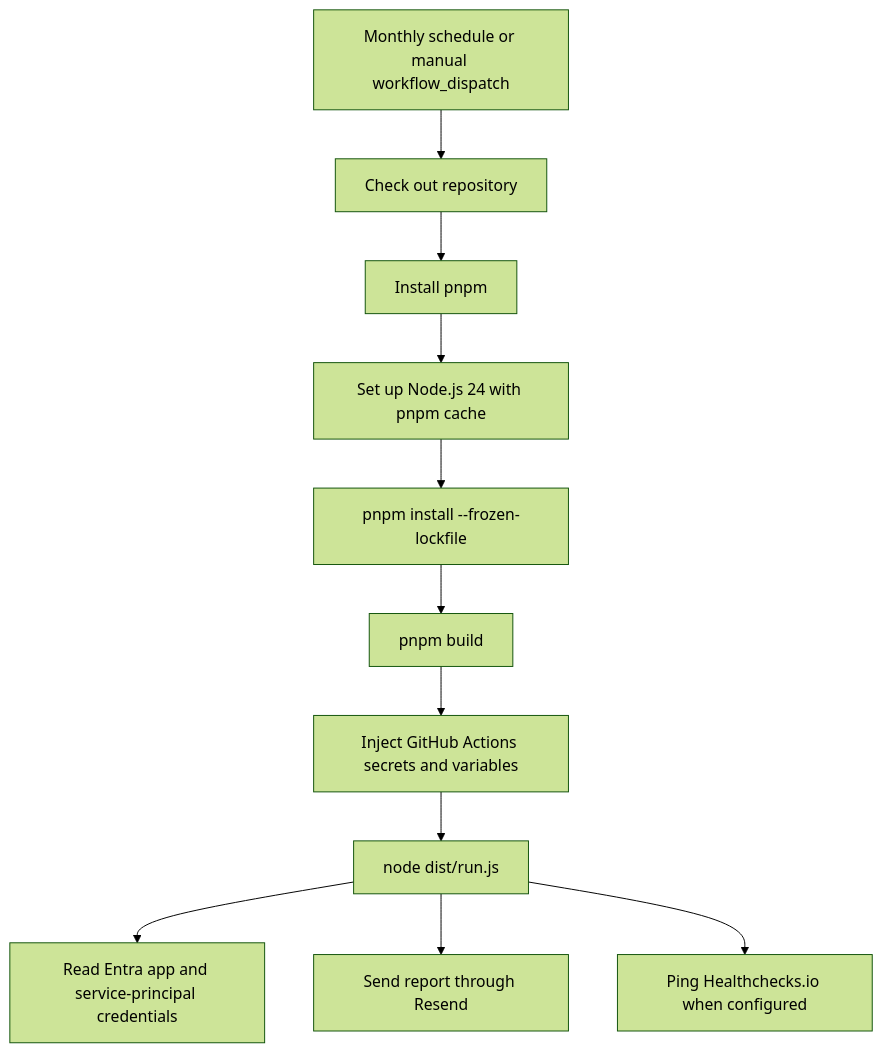
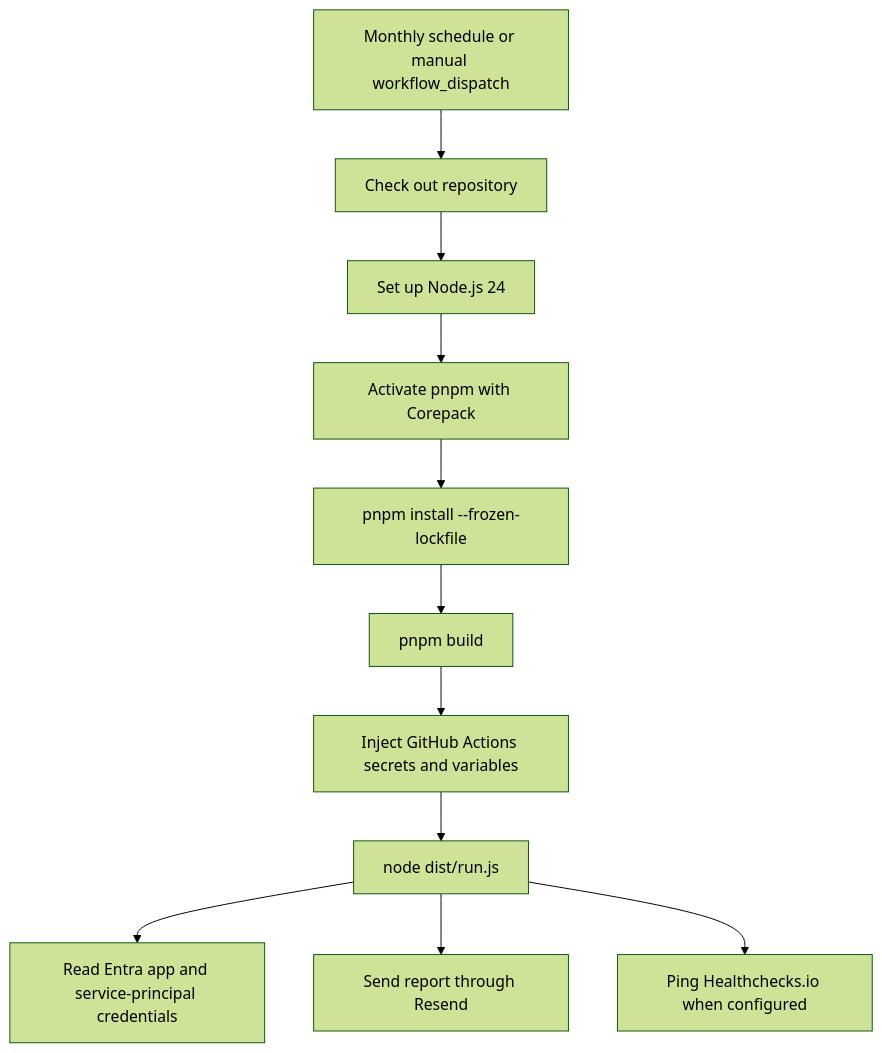
Before and after one commit to Peculiar-Cloud/Entra-Credential-Monitor: the diagram in docs/github-actions.md, drawn with Mermaid (forest theme). The commit also changed other lines of this file and 1 other file, not shown here.

Commit message:
Use Corepack for public CI pnpm setup

````diff
--- a/docs/github-actions.md
+++ b/docs/github-actions.md
@@ -12,13 +12,13 @@
 ```mermaid
 flowchart TD
   Trigger["Monthly schedule or manual workflow_dispatch"] --> Checkout["Check out repository"]
-  Checkout --> Pnpm["Install pnpm"]
-  Pnpm --> Node["Set up Node.js 24 with pnpm cache"]
-  Node --> Install["pnpm install --frozen-lockfile"]
+  Checkout --> Node["Set up Node.js 24"]
+  Node --> Pnpm["Activate pnpm with Corepack"]
+  Pnpm --> Install["pnpm install --frozen-lockfile"]
   Install --> Build["pnpm build"]
   Build --> Secrets["Inject GitHub Actions secrets and variables"]
   Secrets --> Monitor["node dist/run.js"]
   Monitor --> Graph["Read Entra app and service-principal credentials"]
   Monitor --> Resend["Send report through Resend"]
   Monitor --> Healthchecks["Ping Healthchecks.io when configured"]
 ```
````
